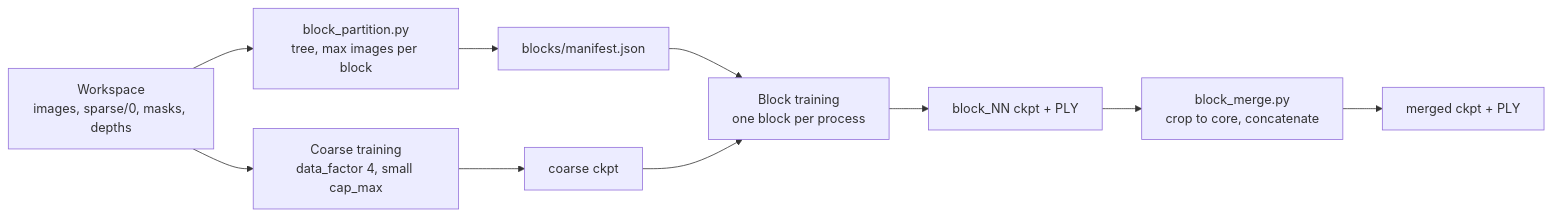
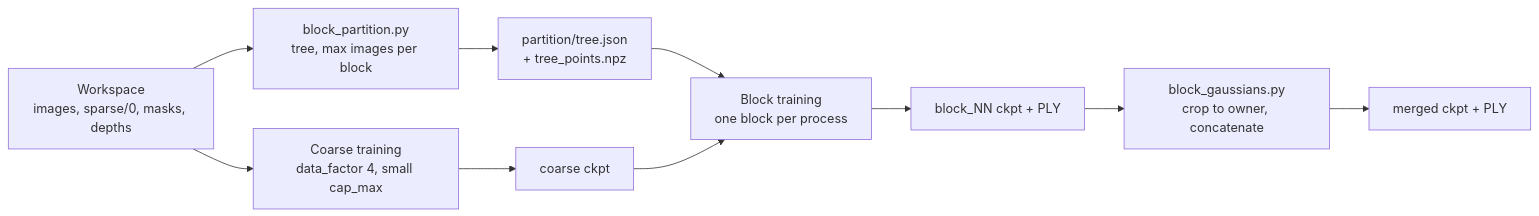
One commit to MapMindAI/EasyGaussianSplatting changed the diagram in doc/block_training.md. Above: the diagram before and after it, drawn with Mermaid. The commit also changed other lines of this file and 9 other files, not shown here.

First line of the commit message:
Add the block training pipeline: partition, coarse, blocks with frozen context, merge

````diff
--- a/doc/block_training.md
+++ b/doc/block_training.md
@@ -24,12 +33,12 @@
 ```mermaid
 flowchart LR
     WS["Workspace<br/>images, sparse/0, masks, depths"] --> COARSE["Coarse training<br/>data_factor 4, small cap_max"]
     COARSE --> CKPT["coarse ckpt"]
     WS --> PART["block_partition.py<br/>tree, max images per block"]
-    PART --> MANIFEST["blocks/manifest.json"]
+    PART --> MANIFEST["partition/tree.json<br/>+ tree_points.npz"]
     MANIFEST --> TRAIN["Block training<br/>one block per process"]
     CKPT --> TRAIN
     TRAIN --> BLOCKS["block_NN ckpt + PLY"]
-    BLOCKS --> MERGE["block_merge.py<br/>crop to core, concatenate"]
+    BLOCKS --> MERGE["block_gaussians.py<br/>crop to owner, concatenate"]
     MERGE --> OUT["merged ckpt + PLY"]
 ```
````
